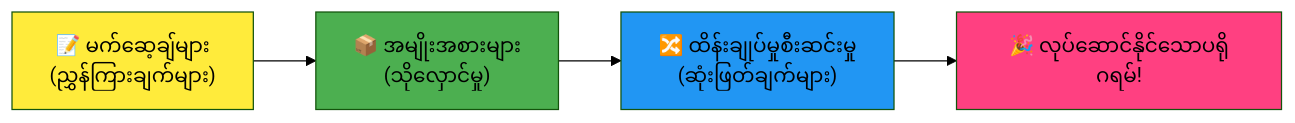
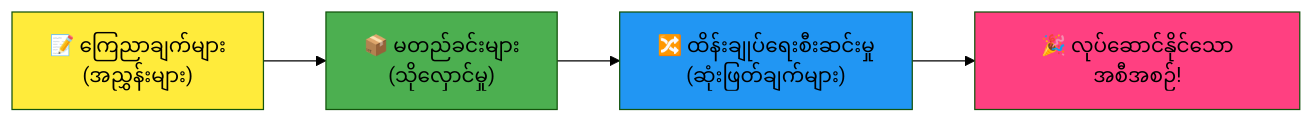
One commit to microsoft/Web-Dev-For-Beginners changed the fourth of 7 diagrams in translations/my/1-getting-started-lessons/1-intro-to-programming-languages/README.md. Above: the diagram before and after it, drawn with Mermaid (forest theme). The commit also changed other lines of this file and 8 other files, not shown here.

````diff
--- a/translations/my/1-getting-started-lessons/1-intro-to-programming-languages/README.md
+++ b/translations/my/1-getting-started-lessons/1-intro-to-programming-languages/README.md
@@ -466,9 +467,9 @@
 ```mermaid
 flowchart LR
-    A["📝 မက်ဆေ့ချ်များ<br/>(ညွှန်ကြားချက်များ)"] --> B["📦 အမျိုးအစားများ<br/>(သိုလှောင်မှု)"] --> C["🔀 ထိန်းချုပ်မှုစီးဆင်းမှု<br/>(ဆုံးဖြတ်ချက်များ)"] --> D["🎉 လုပ်ဆောင်နိုင်သောပရိုဂရမ်!"]
+    A["📝 ကြေညာချက်များ<br/>(အညွှန်းများ)"] --> B["📦 မတည်ခင်းများ<br/>(သိုလှောင်မှု)"] --> C["🔀 ထိန်းချုပ်ရေးစီးဆင်းမှု<br/>(ဆုံးဖြတ်ချက်များ)"] --> D["🎉 လုပ်ဆောင်နိုင်သောအစီအစဉ်!"]
     
     style A fill:#ffeb3b
     style B fill:#4caf50
     style C fill:#2196f3
     style D fill:#ff4081
-```  
+```
````
